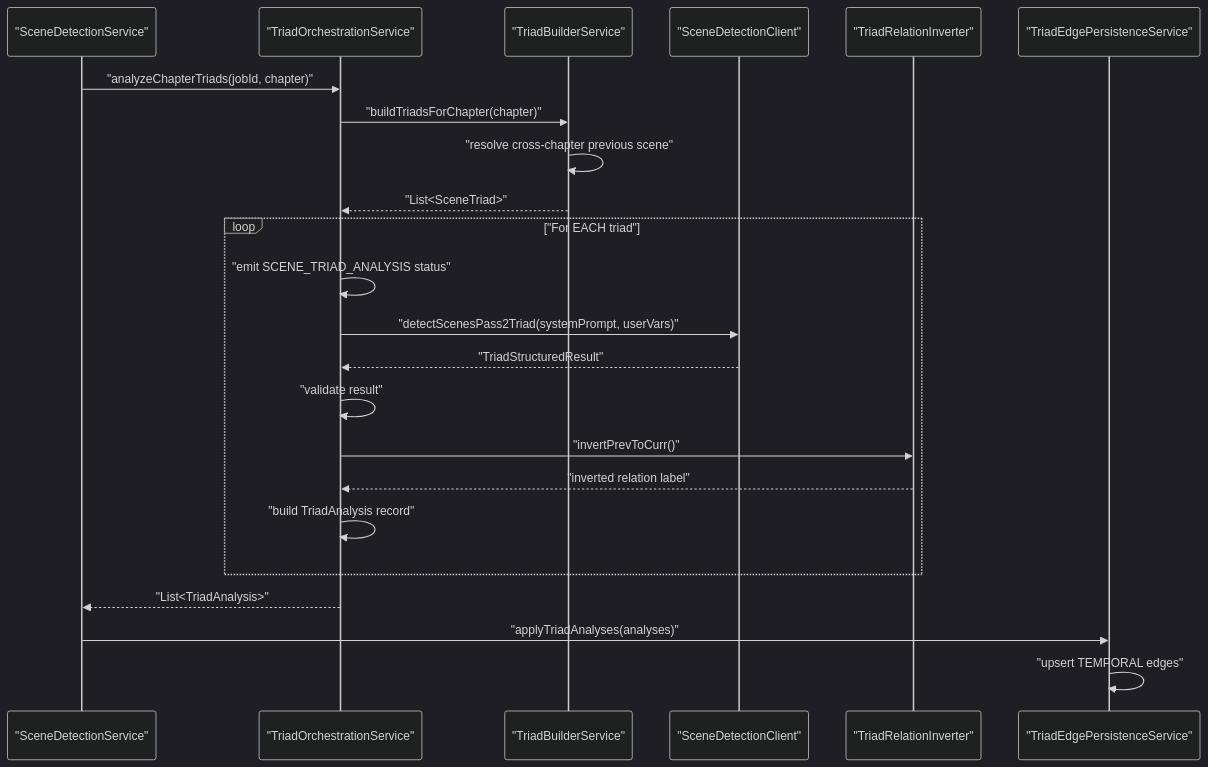
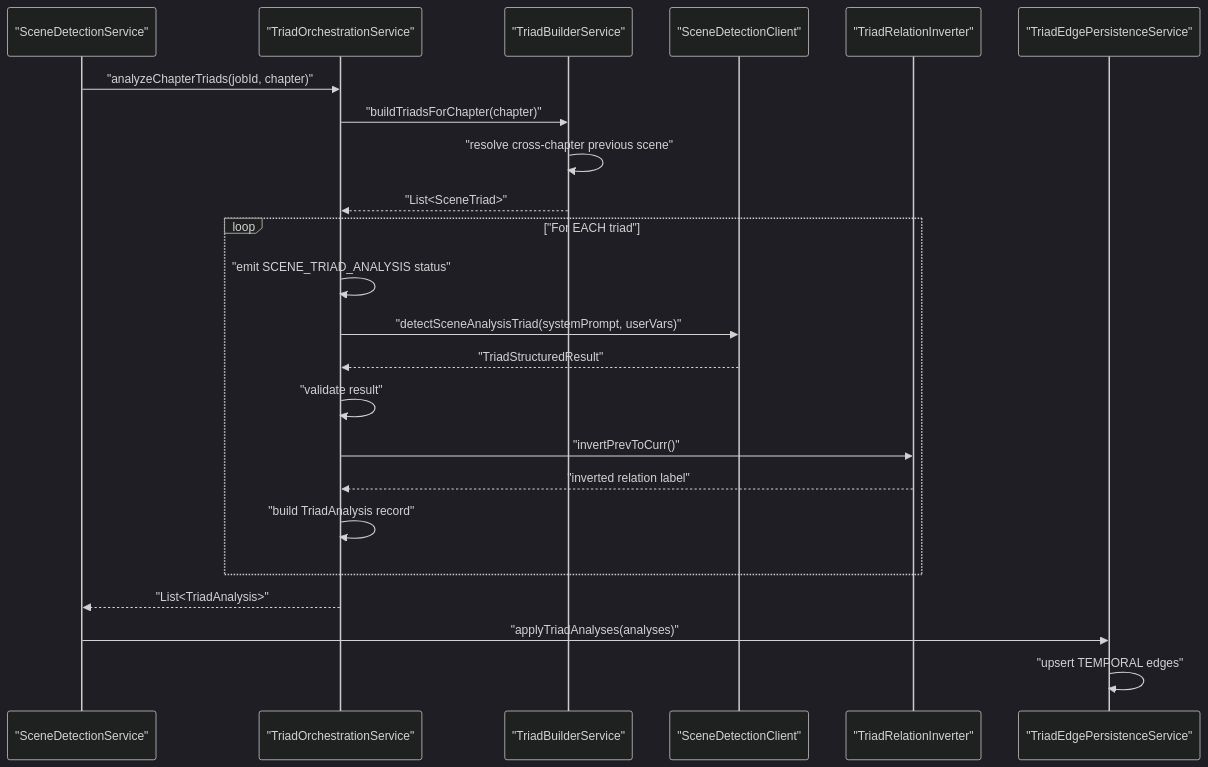
Before and after one commit to chaixdev/lorevault-kb: the second of 2 diagrams in docs/patterns/triad-analysis.md, drawn with Mermaid (dark theme). The commit also changed other lines of this file and 52 other files, not shown here.

First line of the commit message:
refactor: rename pass1/pass2 to chapter-segmentation/scene-analysis

````diff
--- a/docs/patterns/triad-analysis.md
+++ b/docs/patterns/triad-analysis.md
@@ -29,26 +29,26 @@
 ```mermaid
 sequenceDiagram
     participant SDS as "SceneDetectionService"
     participant TOS as "TriadOrchestrationService"
     participant TBS as "TriadBuilderService"
     participant SDC as "SceneDetectionClient"
     participant TRI as "TriadRelationInverter"
     participant TEPS as "TriadEdgePersistenceService"
 
     SDS->>TOS: "analyzeChapterTriads(jobId, chapter)"
     TOS->>TBS: "buildTriadsForChapter(chapter)"
     TBS->>TBS: "resolve cross-chapter previous scene"
     TBS-->>TOS: "List<SceneTriad>"
     loop "For EACH triad"
         TOS->>TOS: "emit SCENE_TRIAD_ANALYSIS status"
-        TOS->>SDC: "detectScenesPass2Triad(systemPrompt, userVars)"
+        TOS->>SDC: "detectSceneAnalysisTriad(systemPrompt, userVars)"
         SDC-->>TOS: "TriadStructuredResult"
         TOS->>TOS: "validate result"
         TOS->>TRI: "invertPrevToCurr()"
         TRI-->>TOS: "inverted relation label"
         TOS->>TOS: "build TriadAnalysis record"
     end
     TOS-->>SDS: "List<TriadAnalysis>"
     SDS->>TEPS: "applyTriadAnalyses(analyses)"
     TEPS->>TEPS: "upsert TEMPORAL edges"
 ```
````
